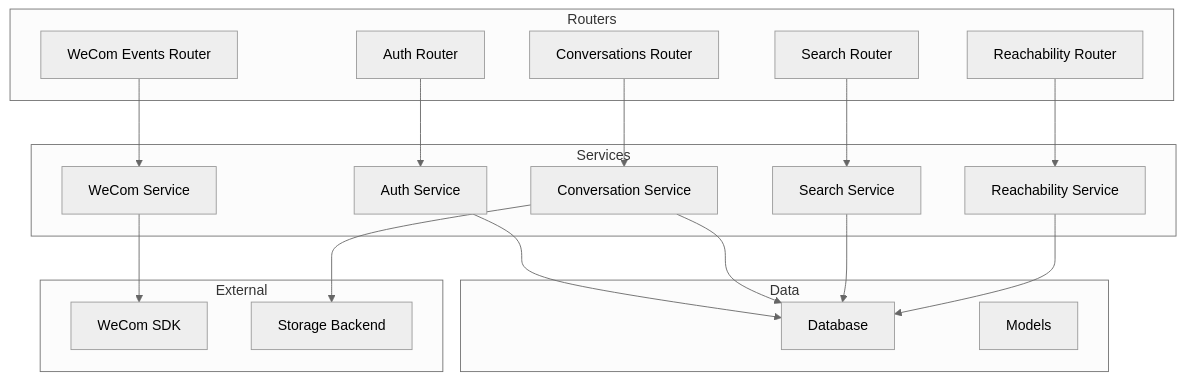
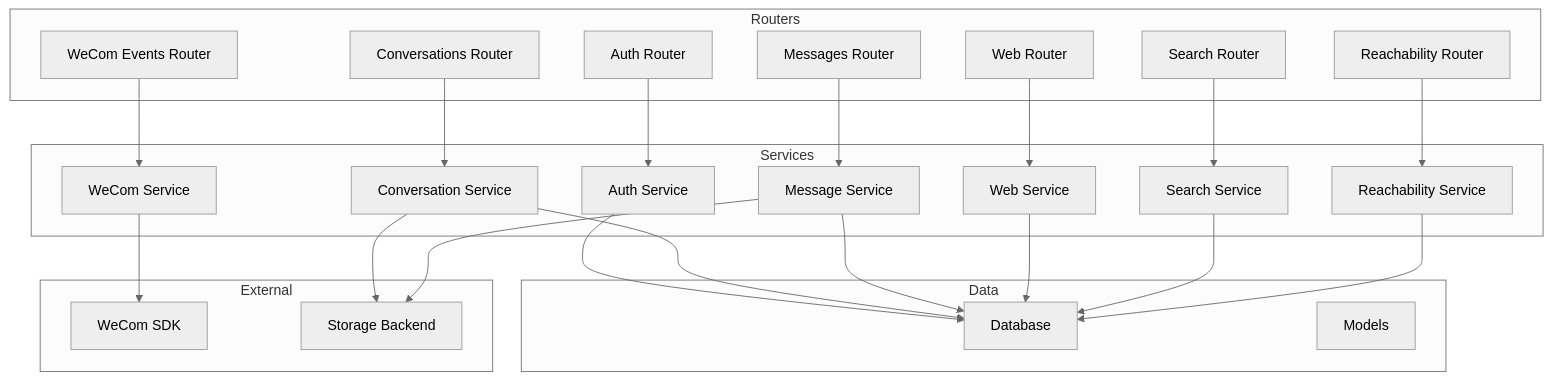
One commit to zuohaisu/wecom-archive changed the third of 3 diagrams in .qoder/repowiki/en/content/API Reference/API Reference.md. Above: the diagram before and after it, drawn with Mermaid (neutral theme). The commit also changed other lines of this file and 148 other files, not shown here.

````diff
--- a/.qoder/repowiki/en/content/API Reference/API Reference.md
+++ b/.qoder/repowiki/en/content/API Reference/API Reference.md
@@ -254,36 +349,45 @@
 ```mermaid
 graph TB
 subgraph "Routers"
 AR["Auth Router"]
 CR["Conversations Router"]
+MR["Messages Router"]
+WR["Web Router"]
 SR["Search Router"]
 RR["Reachability Router"]
-WR["WeCom Events Router"]
+WER["WeCom Events Router"]
 end
 subgraph "Services"
 AS["Auth Service"]
 CS["Conversation Service"]
+MS["Message Service"]
+WS["Web Service"]
 SS["Search Service"]
 RS["Reachability Service"]
-WS["WeCom Service"]
+WES["WeCom Service"]
 end
 subgraph "Data"
 DB["Database"]
 Models["Models"]
 end
 subgraph "External"
 WC["WeCom SDK"]
 Storage["Storage Backend"]
 end
 AR --> AS
 CR --> CS
+MR --> MS
+WR --> WS
 SR --> SS
 RR --> RS
-WR --> WS
+WER --> WES
 AS --> DB
 CS --> DB
+MS --> DB
+WS --> DB
 SS --> DB
 RS --> DB
-WS --> WC
+WES --> WC
 CS --> Storage
+MS --> Storage
 ```
````
